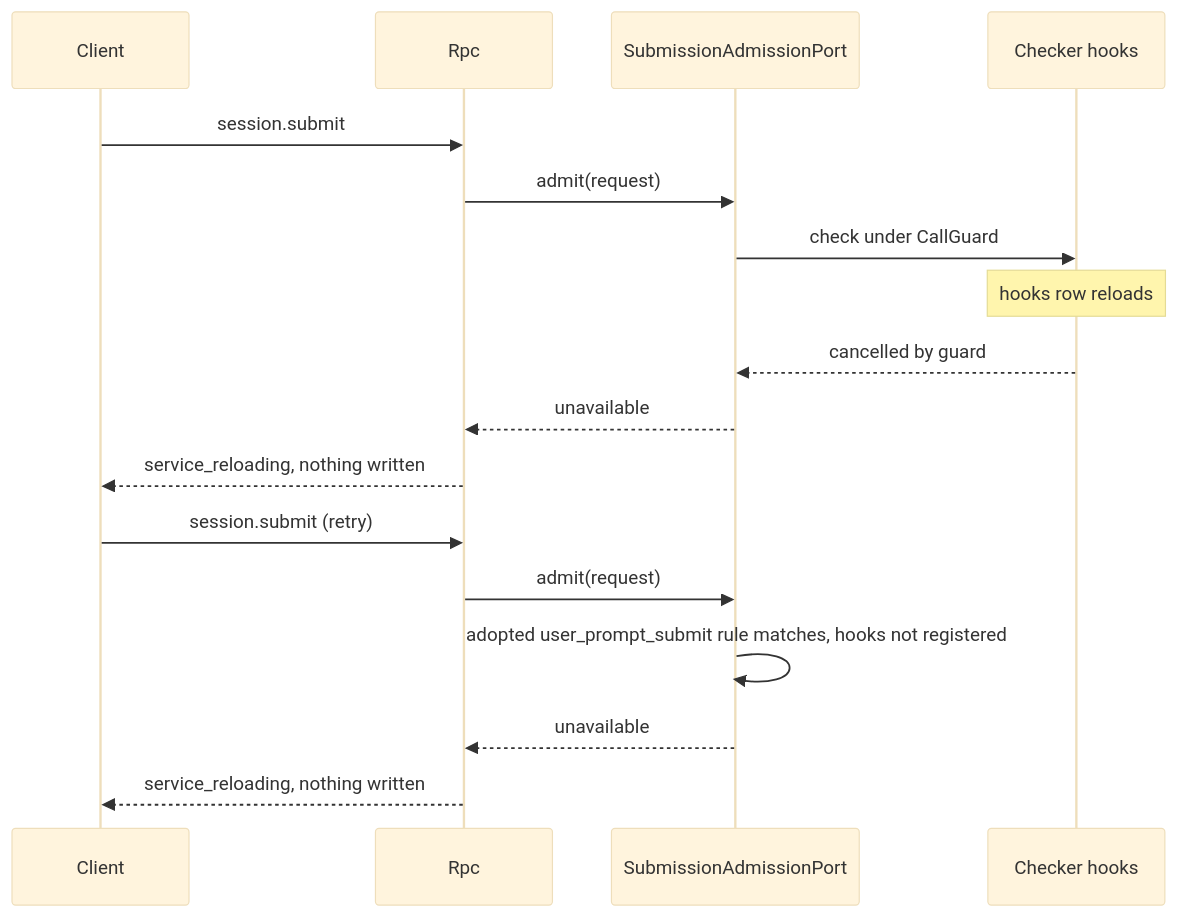
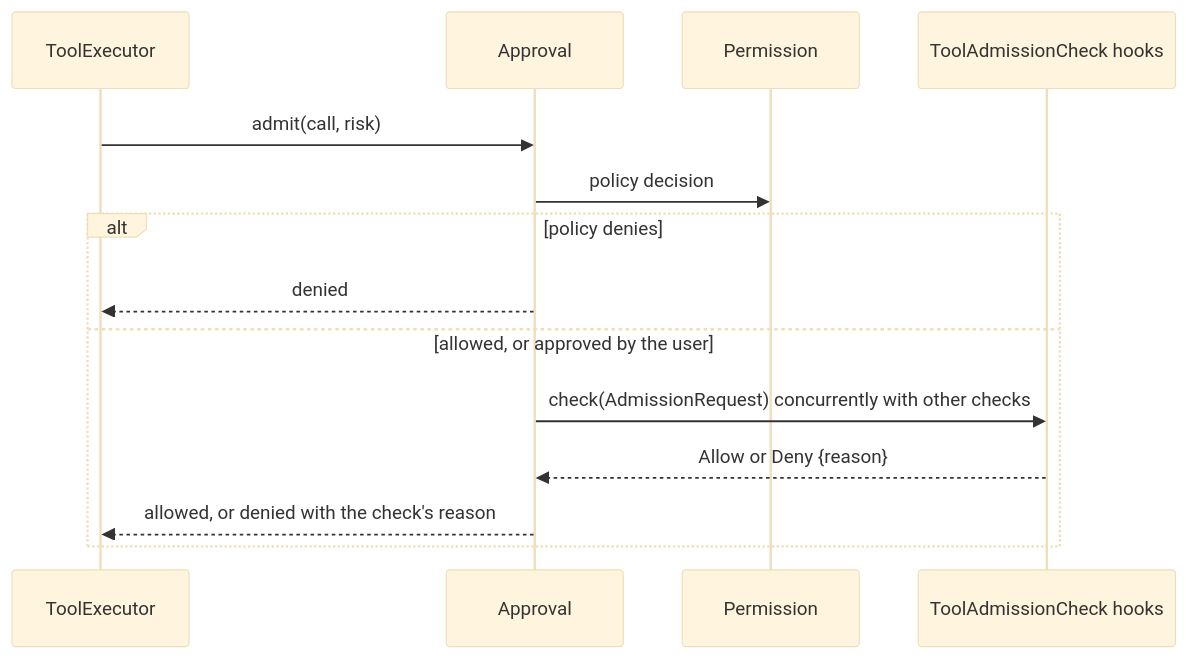
The fourth of 4 diagrams in docs/design/contracts/session-boundary.md (CoutinhoTTS/dim-agent), drawn with Mermaid (base theme) before and after one commit. The commit also changed other lines of this file and 16 other files, not shown here.

````diff
--- a/docs/design/contracts/session-boundary.md
+++ b/docs/design/contracts/session-boundary.md
@@ -128,19 +106,16 @@
 ```mermaid
 sequenceDiagram
-  participant CL as Client
-  participant Rpc as Rpc
-  participant P as SubmissionAdmissionPort
-  participant H as Checker hooks
-  CL->>Rpc: session.submit
-  Rpc->>P: admit(request)
-  P->>H: check under CallGuard
-  Note over H: hooks row reloads
-  H-->>P: cancelled by guard
-  P-->>Rpc: unavailable
-  Rpc-->>CL: service_reloading, nothing written
-  CL->>Rpc: session.submit (retry)
-  Rpc->>P: admit(request)
-  P->>P: adopted user_prompt_submit rule matches, hooks not registered
-  P-->>Rpc: unavailable
-  Rpc-->>CL: service_reloading, nothing written
+  participant TE as ToolExecutor
+  participant AP as Approval
+  participant PM as Permission
+  participant H as ToolAdmissionCheck hooks
+  TE->>AP: admit(call, risk)
+  AP->>PM: policy decision
+  alt policy denies
+    AP-->>TE: denied
+  else allowed, or approved by the user
+    AP->>H: check(AdmissionRequest) concurrently with other checks
+    H-->>AP: Allow or Deny {reason}
+    AP-->>TE: allowed, or denied with the check's reason
+  end
 ```
````
